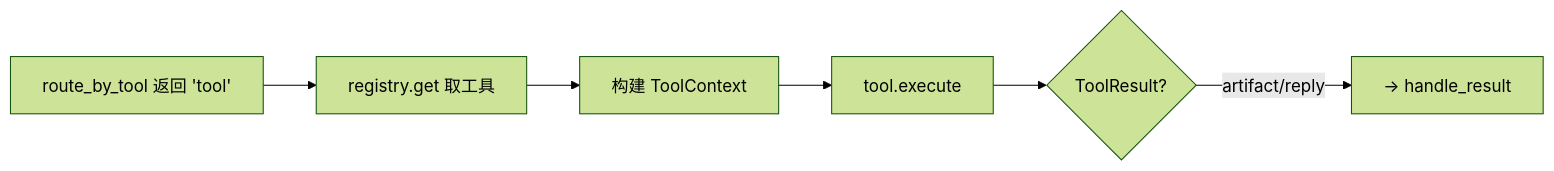
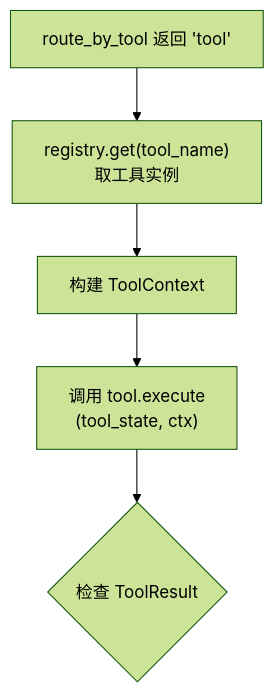
The fifth of 33 diagrams in doc/系统架构与学习指南.md (996Code/llm-to-modeler), drawn with Mermaid (forest theme) before and after one commit. The commit also changed other lines of this file and 82 other files, not shown here.

````diff
--- a/doc/系统架构与学习指南.md
+++ b/doc/系统架构与学习指南.md
@@ -107,8 +122,8 @@
 ```mermaid
-flowchart LR
-    Entry["route_by_tool 返回 'tool'"] --> E1["registry.get 取工具"]
-    E1 --> E2["构建 ToolContext"]
-    E2 --> E3["tool.execute"]
-    E3 --> E4{"ToolResult?"}
-    E4 -->|artifact/reply| ToHandle["→ handle_result"]
+flowchart TD
+    Entry["route_by_tool 返回 'tool'"]
+    --> E1["registry.get(tool_name)<br/>取工具实例"]
+    --> E2["构建 ToolContext"]
+    --> E3["调用 tool.execute<br/>(tool_state, ctx)"]
+    --> E4{"检查 ToolResult"}
 ```
````
